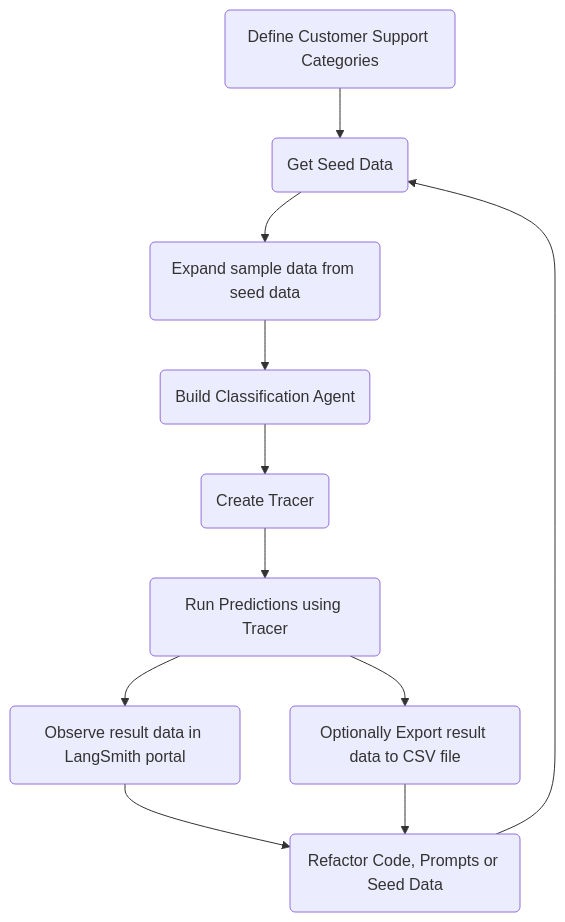
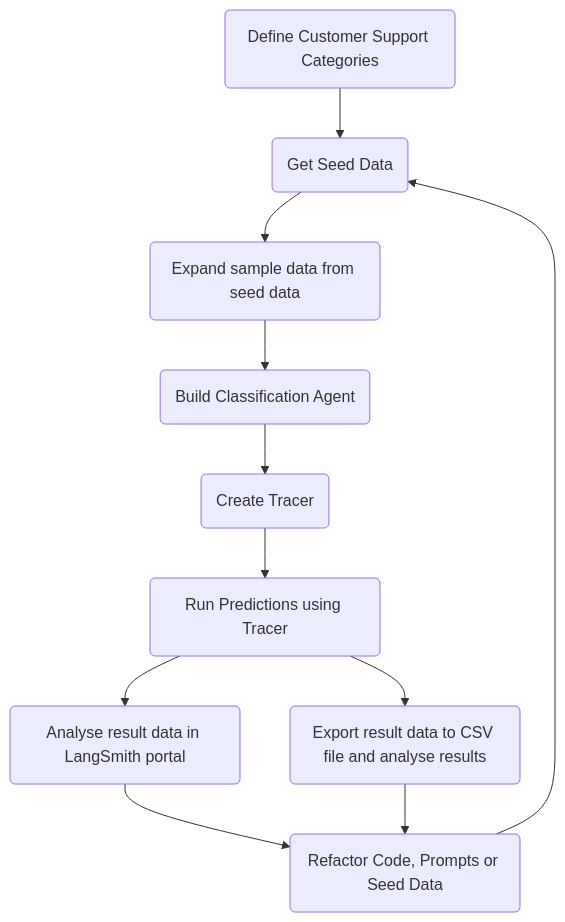
One commit to louis-trevino/Mastering_Agentic_AI_PRJ changed the diagram in Categ_Eval_LangSmith/README.md. Above: the diagram before and after it, drawn with Mermaid.

Commit message:
Updated readme file

````diff
--- a/Categ_Eval_LangSmith/README.md
+++ b/Categ_Eval_LangSmith/README.md
@@ -39,11 +39,11 @@
 ```mermaid
 graph TD;
 Cat(Define Customer Support Categories) --> SEED(Get Seed Data);
 SEED --> XP(Expand sample data from seed data);
 XP --> CA(Build Classification Agent) --> TR(Create Tracer) --> PR(Run Predictions using Tracer);
-PR --> LS(Observe result data in LangSmith portal);
-PR --> RES(Optionally Export result data to CSV file);
+PR --> LS(Analyse result data in LangSmith portal);
+PR --> RES(Export result data to CSV file and analyse results);
 LS --> RF(Refactor Code, Prompts or Seed Data);
 RES --> RF;
 RF --> SEED;
 ```
````
